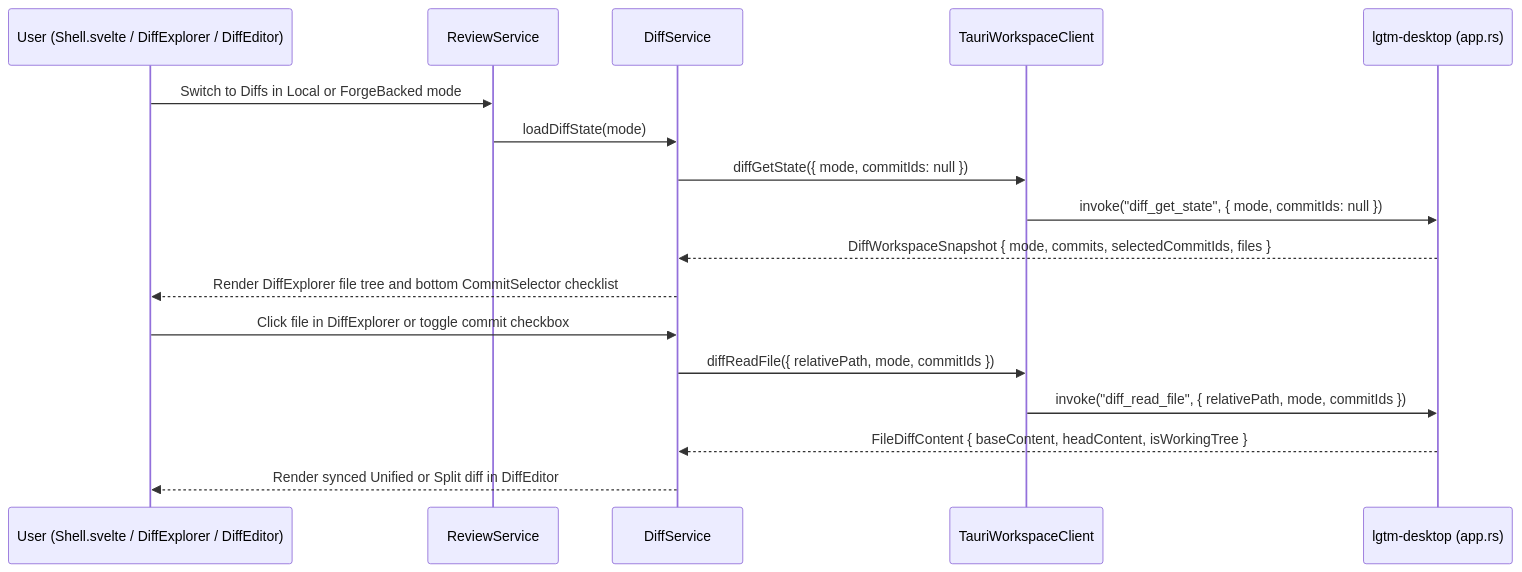
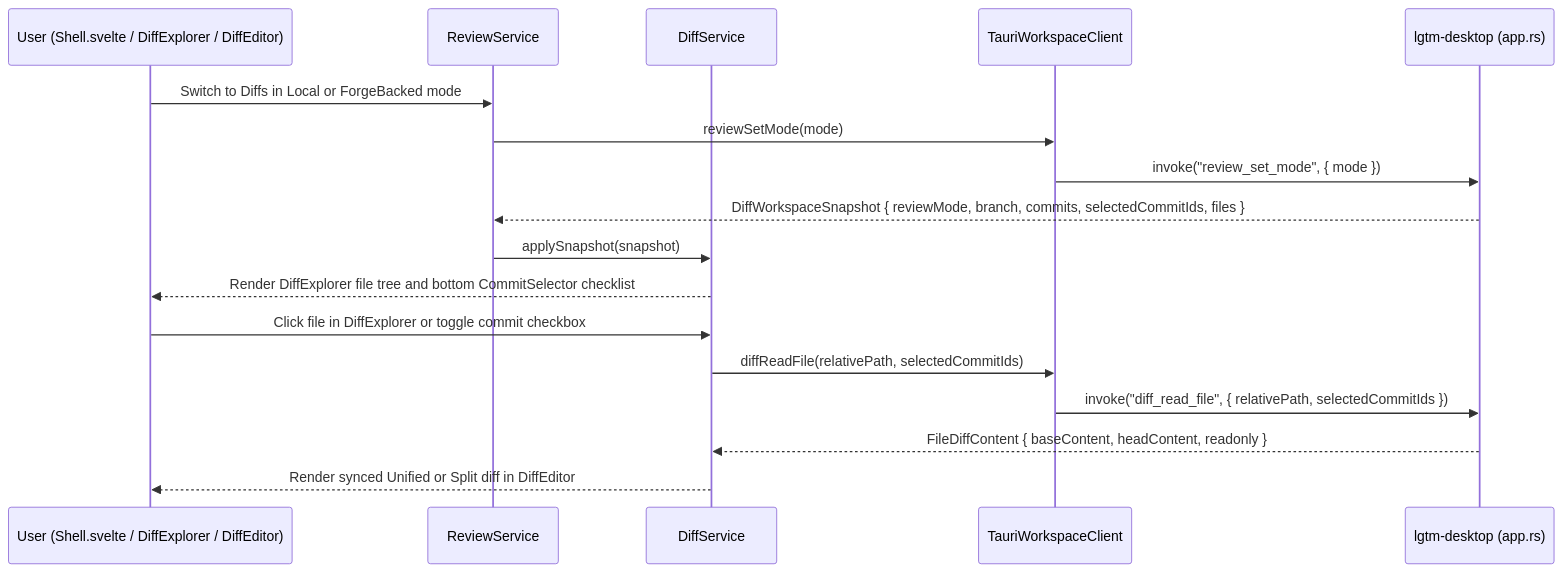
The second of 3 diagrams in docs/architecture/web/index.md (difflab-io/lgtm), drawn with Mermaid before and after one commit. The commit also changed other lines of this file and 19 other files, not shown here.

````diff
--- a/docs/architecture/web/index.md
+++ b/docs/architecture/web/index.md
@@ -104,21 +96,21 @@
 ```mermaid
 sequenceDiagram
     participant User as User (Shell.svelte / DiffExplorer / DiffEditor)
     participant RevSvc as ReviewService
     participant DiffSvc as DiffService
     participant Client as TauriWorkspaceClient
     participant Host as lgtm-desktop (app.rs)
 
     User->>RevSvc: Switch to Diffs in Local or ForgeBacked mode
-    RevSvc->>DiffSvc: loadDiffState(mode)
-    DiffSvc->>Client: diffGetState({ mode, commitIds: null })
-    Client->>Host: invoke("diff_get_state", { mode, commitIds: null })
-    Host-->>DiffSvc: DiffWorkspaceSnapshot { mode, commits, selectedCommitIds, files }
+    RevSvc->>Client: reviewSetMode(mode)
+    Client->>Host: invoke("review_set_mode", { mode })
+    Host-->>RevSvc: DiffWorkspaceSnapshot { reviewMode, branch, commits, selectedCommitIds, files }
+    RevSvc->>DiffSvc: applySnapshot(snapshot)
     DiffSvc-->>User: Render DiffExplorer file tree and bottom CommitSelector checklist
 
     User->>DiffSvc: Click file in DiffExplorer or toggle commit checkbox
-    DiffSvc->>Client: diffReadFile({ relativePath, mode, commitIds })
-    Client->>Host: invoke("diff_read_file", { relativePath, mode, commitIds })
-    Host-->>DiffSvc: FileDiffContent { baseContent, headContent, isWorkingTree }
+    DiffSvc->>Client: diffReadFile(relativePath, selectedCommitIds)
+    Client->>Host: invoke("diff_read_file", { relativePath, selectedCommitIds })
+    Host-->>DiffSvc: FileDiffContent { baseContent, headContent, readonly }
     DiffSvc-->>User: Render synced Unified or Split diff in DiffEditor
 ```
````
